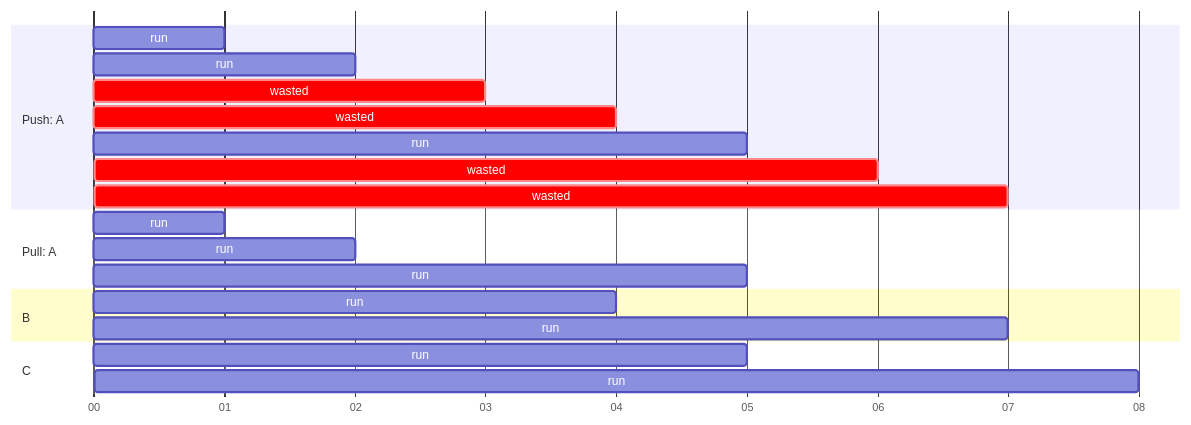
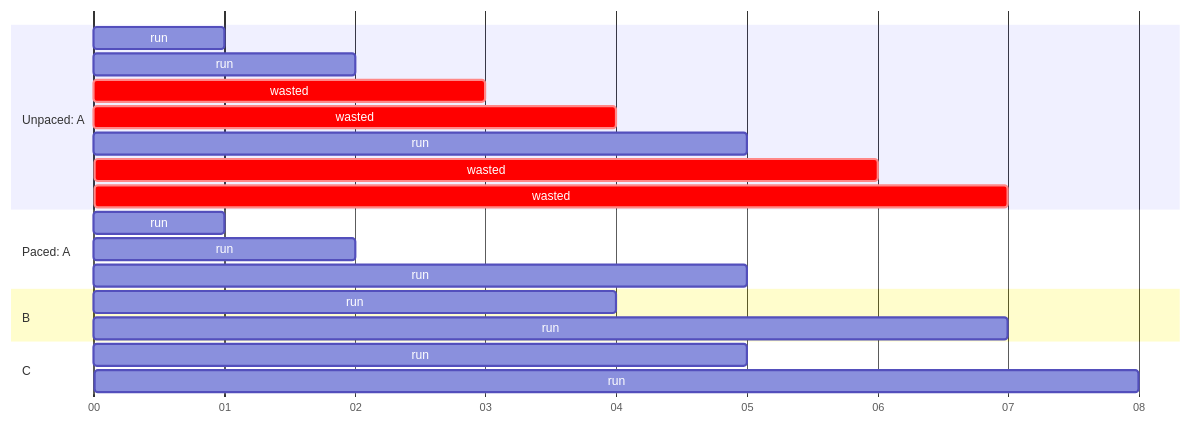
One commit to duckstring-dev/duckstring changed the third of 4 diagrams in docs/docs/concepts/orchestration.md. Above: the diagram before and after it, drawn with Mermaid. The commit also changed other lines of this file and 44 other files, not shown here.

````diff
--- a/docs/docs/concepts/orchestration.md
+++ b/docs/docs/concepts/orchestration.md
@@ -67,23 +69,23 @@
 ```mermaid
 gantt
     dateFormat X
     axisFormat %S
-    section Push: A
+    section Unpaced: A
     run      :0, 1
     run      :1, 2
     wasted   :crit, 2, 3
     wasted   :crit, 3, 4
     run      :4, 5
     wasted   :crit, 5, 6
     wasted   :crit, 6, 7
-    section Pull: A
+    section Paced: A
     run      :0, 1
     run      :1, 2
     run      :4, 5
     section B
     run      :1, 4
     run      :4, 7
     section C
     run      :4, 5
     run      :7, 8
 ```
````
